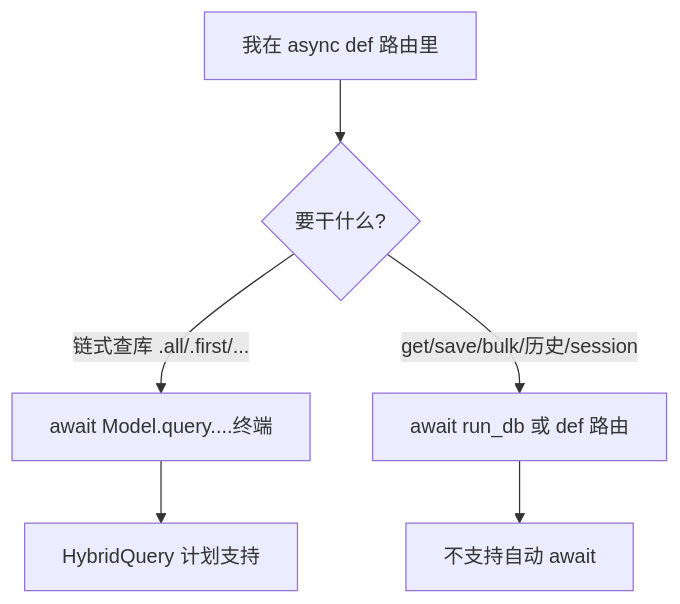
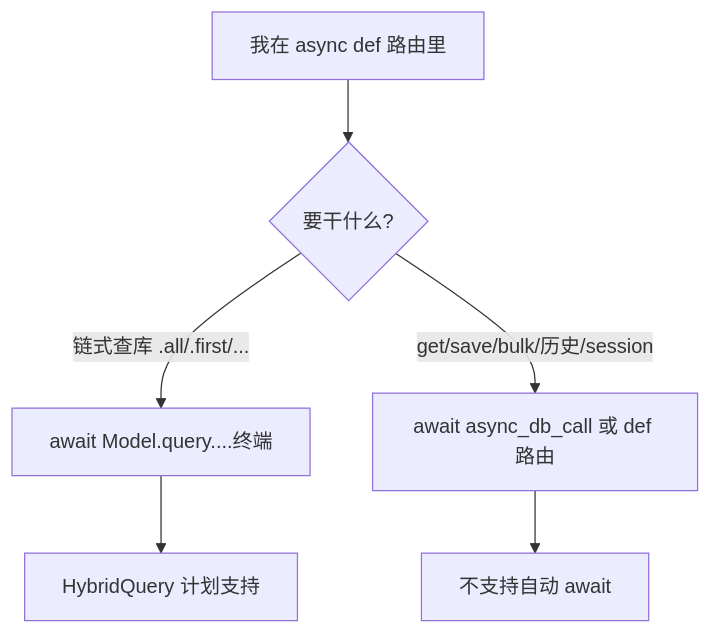
One commit to yafo-ai/yweb-core changed the eighth of 8 diagrams in yweb-core/docs/orm_docs/22_hybrid_query_sync_async_refactor.md. Above: the diagram before and after it, drawn with Mermaid. The commit also changed other lines of this file and 11 other files, not shown here.

First line of the commit message:
docs: 全局同步 run_db → async_db_call 改名到文档与规则/技能

````diff
--- a/yweb-core/docs/orm_docs/22_hybrid_query_sync_async_refactor.md
+++ b/yweb-core/docs/orm_docs/22_hybrid_query_sync_async_refactor.md
@@ -395,8 +401,8 @@
 ```mermaid
 flowchart TD
     A[我在 async def 路由里] --> B{要干什么?}
     B -->|链式查库 .all/.first/...| C["await Model.query....终端"]
     C --> D[HybridQuery 计划支持]
-    B -->|get/save/bulk/历史/session| E["await run_db 或 def 路由"]
+    B -->|get/save/bulk/历史/session| E["await async_db_call 或 def 路由"]
     E --> F[不支持自动 await]
 ```
````
